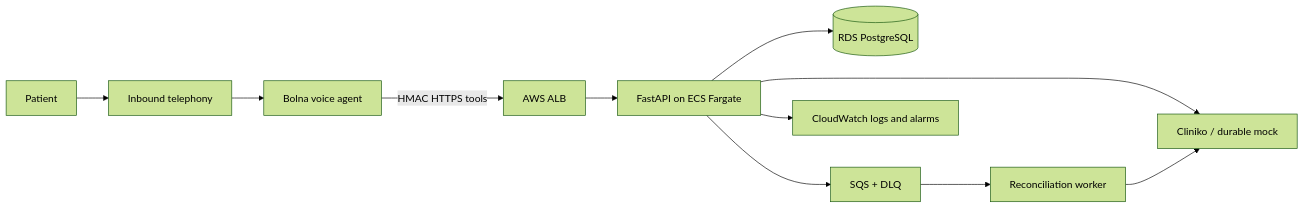
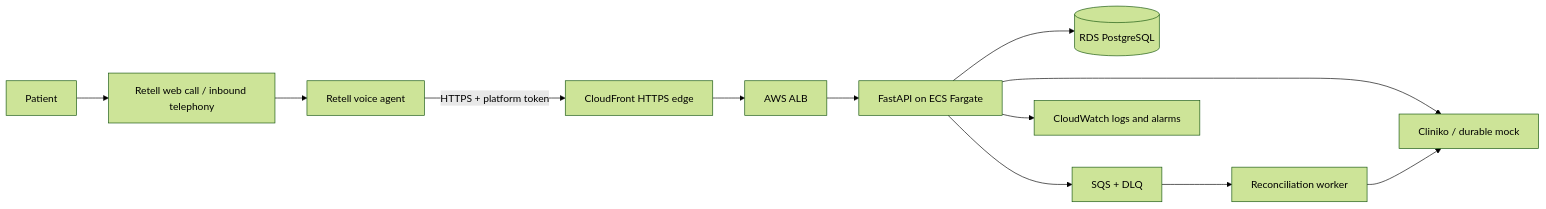
Before and after one commit to khushalkumar/2care-clinic-voice-agent: the diagram in README.md, drawn with Mermaid (forest theme). The commit also changed other lines of this file and 11 other files, not shown here.

Commit message:
Integrate Retell staging agent

````diff
--- a/README.md
+++ b/README.md
@@ -44,13 +40,14 @@
 ```mermaid
 flowchart LR
-    Caller["Patient"] --> Tel["Inbound telephony"]
-    Tel --> Voice["Bolna voice agent"]
-    Voice -->|"HMAC HTTPS tools"| ALB["AWS ALB"]
+    Caller["Patient"] --> Tel["Retell web call / inbound telephony"]
+    Tel --> Voice["Retell voice agent"]
+    Voice -->|"HTTPS + platform token"| Edge["CloudFront HTTPS edge"]
+    Edge --> ALB["AWS ALB"]
     ALB --> API["FastAPI on ECS Fargate"]
     API --> DB[("RDS PostgreSQL")]
     API --> PMS["Cliniko / durable mock"]
     API --> Queue["SQS + DLQ"]
     Queue --> Worker["Reconciliation worker"]
     Worker --> PMS
     API --> CW["CloudWatch logs and alarms"]
 ```
````
